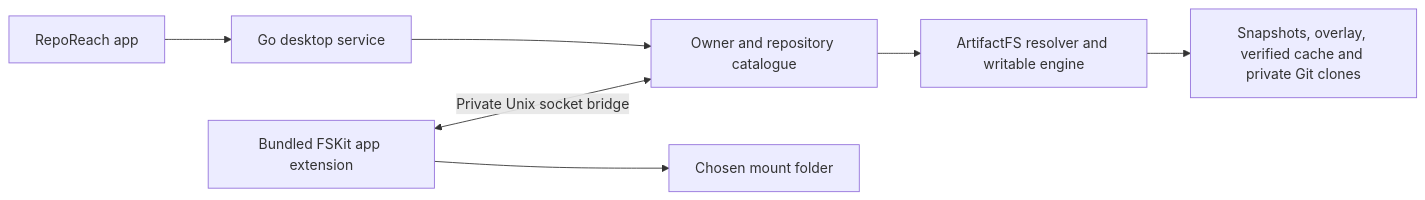
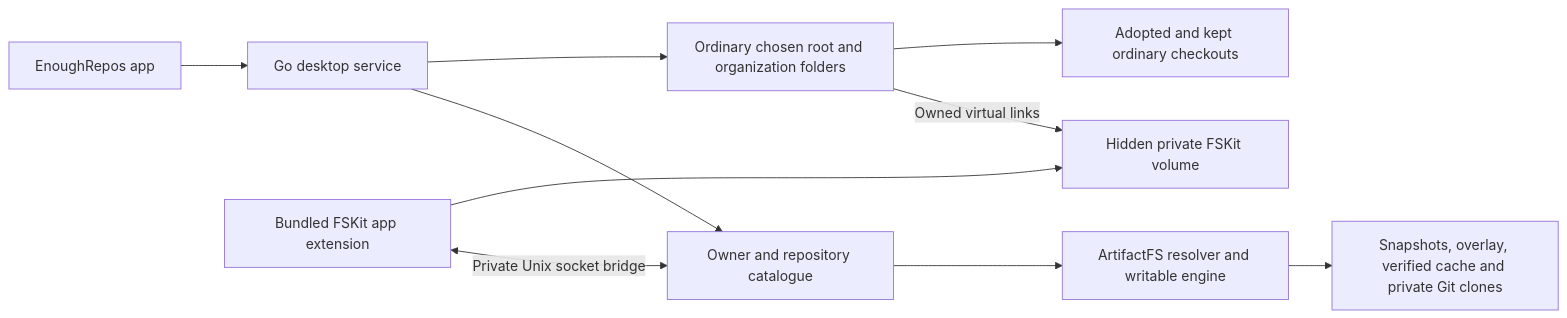
The diagram in docs/reporeach/native-fskit.md (enoughtools/reporeach), drawn with Mermaid before and after one commit. The commit also changed other lines of this file and 72 other files, not shown here.

Commit message:
Rebrand the app and site as EnoughRepos

````diff
--- a/docs/reporeach/native-fskit.md
+++ b/docs/reporeach/native-fskit.md
@@ -23,9 +29,12 @@
 ```mermaid
 flowchart LR
-    App[RepoReach app] --> Service[Go desktop service]
+    App[EnoughRepos app] --> Service[Go desktop service]
     Service --> Catalogue[Owner and repository catalogue]
     Extension[Bundled FSKit app extension] <-->|Private Unix socket bridge| Catalogue
-    Extension --> Mount[Chosen mount folder]
+    Extension --> Mount[Hidden private FSKit volume]
+    Service --> Root[Ordinary chosen root and organization folders]
+    Root -->|Owned virtual links| Mount
+    Root --> Local[Adopted and kept ordinary checkouts]
     Catalogue --> Engine[ArtifactFS resolver and writable engine]
     Engine --> Stores[Snapshots, overlay, verified cache and private Git clones]
 ```
````
